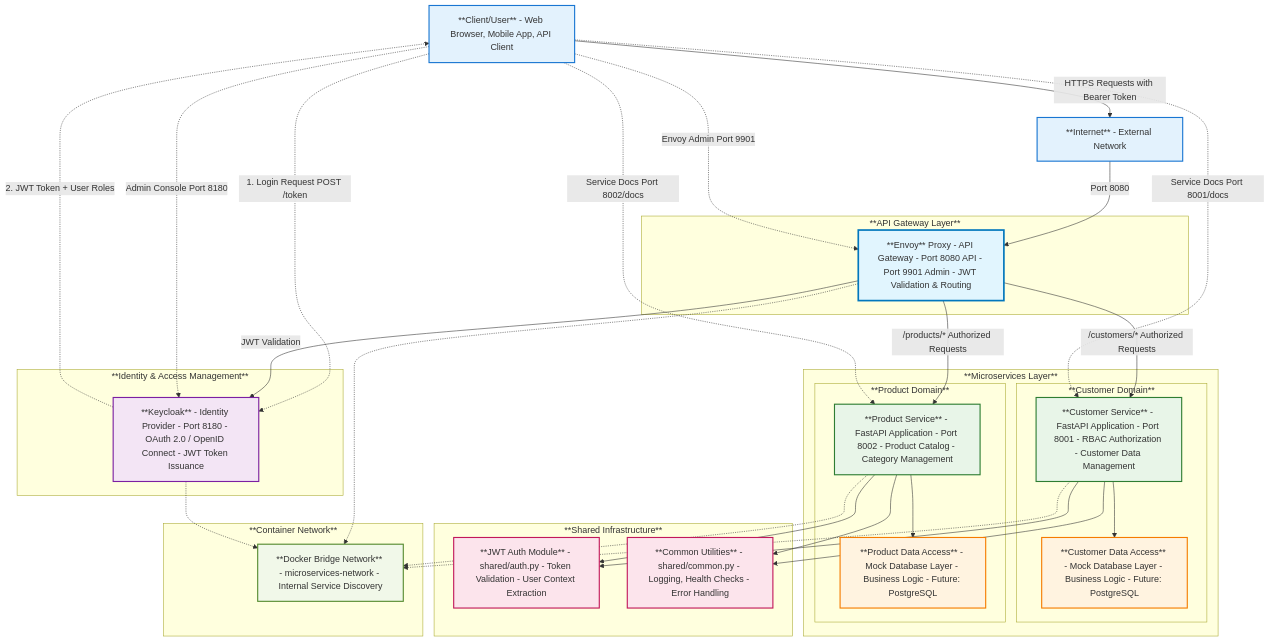
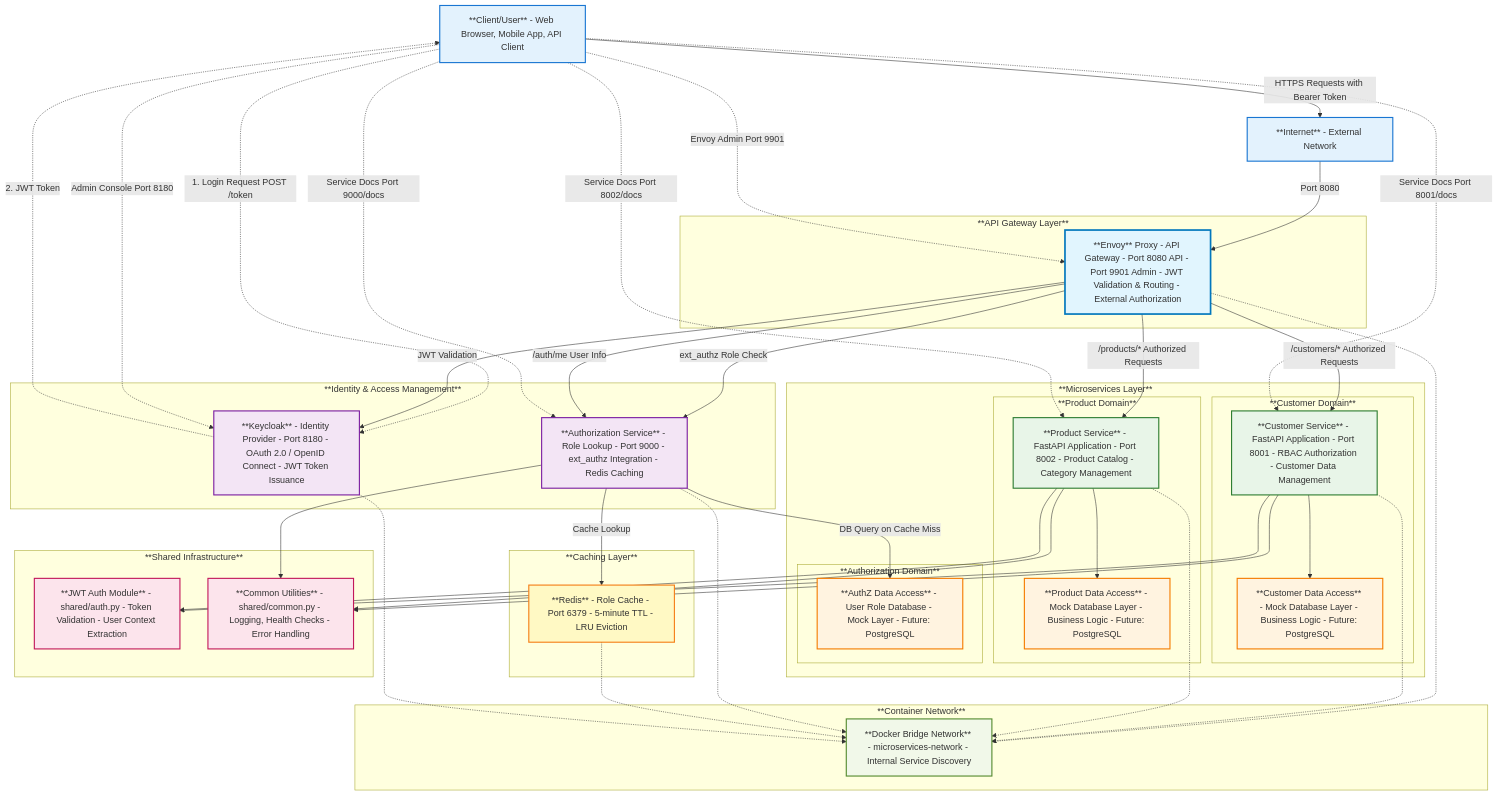
One commit to ravi064/APIGatewayPOC changed the second of 2 diagrams in docs/architecture/system-architecture.md. Above: the diagram before and after it, drawn with Mermaid. The commit also changed other lines of this file and 19 other files, not shown here.

```diff
--- a/docs/architecture/system-architecture.md
+++ b/docs/architecture/system-architecture.md
@@ -42,12 +45,18 @@
     
     %% API Gateway Layer
     subgraph "**API Gateway Layer**"
-        Envoy[**Envoy** Proxy - API Gateway - Port 8080 API - Port 9901 Admin - JWT Validation & Routing]
+        Envoy[**Envoy** Proxy - API Gateway - Port 8080 API - Port 9901 Admin - JWT Validation & Routing - External Authorization]
     end
     
-    %% Authentication Layer
+    %% Authentication & Authorization Layer
     subgraph "**Identity & Access Management**"
         Keycloak[**Keycloak** - Identity Provider - Port 8180 - OAuth 2.0 / OpenID Connect - JWT Token Issuance]
+        AuthZService[**Authorization Service** - Role Lookup - Port 9000 - ext_authz Integration - Redis Caching]
+    end
+
+    %% Caching Layer
+    subgraph "**Caching Layer**"
+        Redis[**Redis** - Role Cache - Port 6379 - 5-minute TTL - LRU Eviction]
     end
 
     %% Microservices Layer
@@ -59,6 +68,9 @@
         subgraph "**Product Domain**"
             ProductAPI[**Product Service** - FastAPI Application - Port 8002 - Product Catalog - Category Management]
             ProductData[**Product Data Access** - Mock Database Layer - Business Logic - Future: PostgreSQL]
+        end
+        subgraph "**Authorization Domain**"
+            AuthZData[**AuthZ Data Access** - User Role Database - Mock Layer - Future: PostgreSQL]
         end
     end
     
@@ -79,12 +91,18 @@
     
     %% Authentication Flow
     User -.->|1. Login Request POST /token| Keycloak
-    Keycloak -.->|2. JWT Token + User Roles| User
+    Keycloak -.->|2. JWT Token| User
     
-    %% API Gateway Flow
+    %% Authorization Flow
     Envoy -->|JWT Validation| Keycloak
+    Envoy -->|ext_authz Role Check| AuthZService
+    AuthZService -->|Cache Lookup| Redis
+    AuthZService -->|DB Query on Cache Miss| AuthZData
+    
+    %% API Gateway Routing
     Envoy -->|/customers/* Authorized Requests| CustomerAPI
     Envoy -->|/products/* Authorized Requests| ProductAPI
+    Envoy -->|/auth/me User Info| AuthZService
 
     %% Service Internal Flow
     CustomerAPI --> AuthModule
@@ -95,10 +113,14 @@
     ProductAPI --> ProductData
     ProductAPI --> CommonUtils
     
+    AuthZService --> CommonUtils
+    
     %% Network Connections
     Envoy -.-> Network
     CustomerAPI -.-> Network
     ProductAPI -.-> Network
+    AuthZService -.-> Network
+    Redis -.-> Network
     Keycloak -.-> Network
     
     %% Admin Access
@@ -106,10 +128,12 @@
     User -.->|Envoy Admin Port 9901| Envoy
     User -.->|Service Docs Port 8001/docs| CustomerAPI
     User -.->|Service Docs Port 8002/docs| ProductAPI
+    User -.->|Service Docs Port 9000/docs| AuthZService
     
     %% Styling
     classDef gateway fill:#e1f5fe,stroke:#0277bd,stroke-width:3px
     classDef auth fill:#f3e5f5,stroke:#7b1fa2,stroke-width:2px
+    classDef cache fill:#fff9c4,stroke:#f57f17,stroke-width:2px
     classDef service fill:#e8f5e8,stroke:#2e7d32,stroke-width:2px
     classDef data fill:#fff3e0,stroke:#f57c00,stroke-width:2px
     classDef shared fill:#fce4ec,stroke:#c2185b,stroke-width:2px
@@ -117,9 +141,10 @@
     classDef external fill:#e3f2fd,stroke:#1976d2,stroke-width:2px
     
     class Envoy gateway
-    class Keycloak auth
+    class Keycloak,AuthZService auth
+    class Redis cache
     class CustomerAPI,ProductAPI service
-    class CustomerData,ProductData data
+    class CustomerData,ProductData,AuthZData data
     class AuthModule,CommonUtils shared
     class Network network
     class User,Internet external
```
